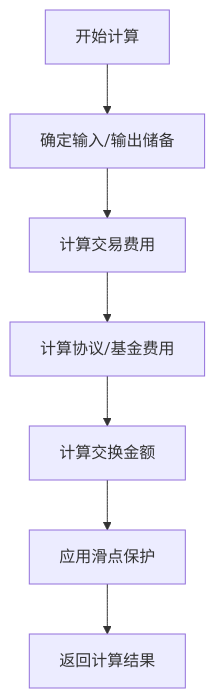
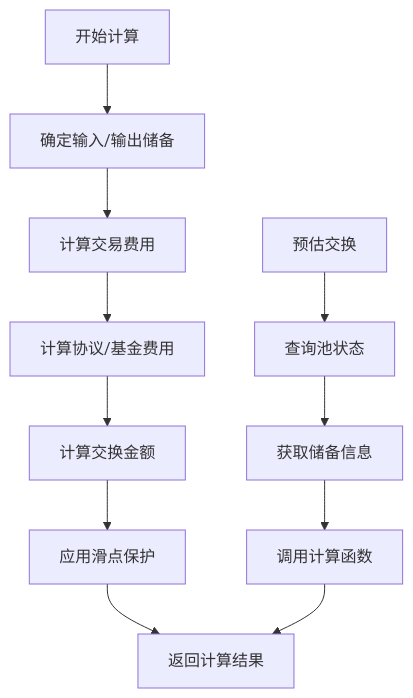
The fifth of 7 diagrams in .qoder/repowiki/zh/content/API参考文档/DexExecutor 执行器接口/Raydium 执行器/Raydium CPMM 执行器.md (IAliceBobI/sol-trade-sdk), drawn with Mermaid before and after one commit. The commit also changed other lines of this file and 3 other files, not shown here.

````diff
--- a/.qoder/repowiki/zh/content/API参考文档/DexExecutor 执行器接口/Raydium 执行器/Raydium CPMM 执行器.md
+++ b/.qoder/repowiki/zh/content/API参考文档/DexExecutor 执行器接口/Raydium 执行器/Raydium CPMM 执行器.md
@@ -186,9 +205,13 @@
 ```mermaid
 flowchart TD
 A[开始计算] --> B[确定输入/输出储备]
 B --> C[计算交易费用]
 C --> D[计算协议/基金费用]
 D --> E[计算交换金额]
 E --> F[应用滑点保护]
 F --> G[返回计算结果]
+H[预估交换] --> I[查询池状态]
+I --> J[获取储备信息]
+J --> K[调用计算函数]
+K --> G
 ```
````
